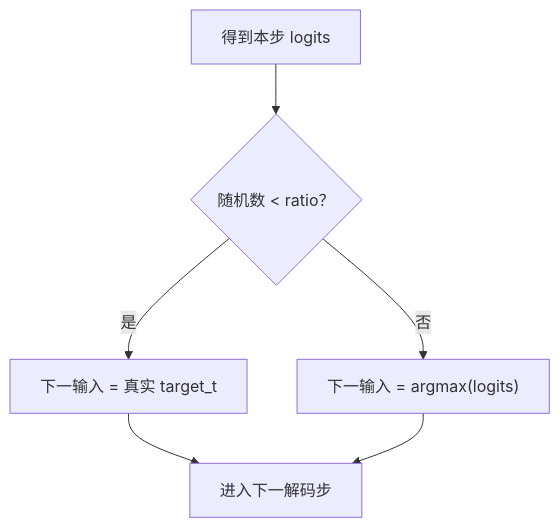
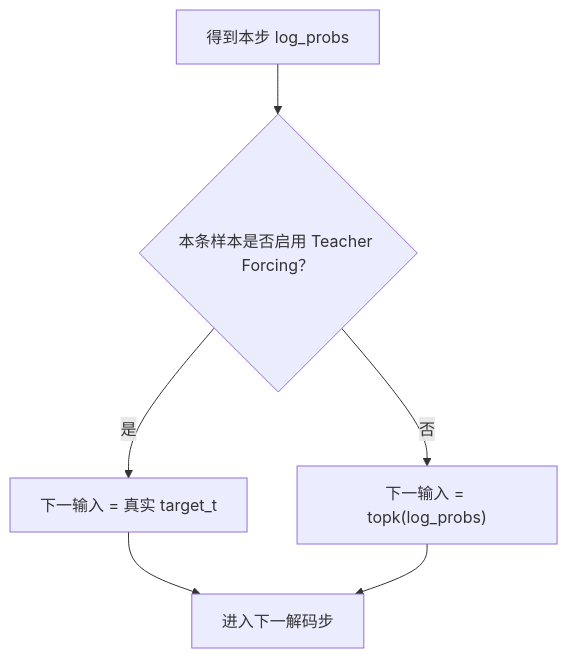
The second of 2 diagrams in notes/seq2seq-translation/19-teacher-forcing.md (luyunix/nlp_study), drawn with Mermaid before and after one commit. The commit also changed other lines of this file and 66 other files, not shown here.

````diff
--- a/notes/seq2seq-translation/19-teacher-forcing.md
+++ b/notes/seq2seq-translation/19-teacher-forcing.md
@@ -32,8 +32,8 @@
 ```mermaid
 flowchart TB
-    A["得到本步 logits"] --> B{"随机数 < ratio？"}
+    A["得到本步 log_probs"] --> B{"本条样本是否启用 Teacher Forcing？"}
     B -->|"是"| C["下一输入 = 真实 target_t"]
-    B -->|"否"| D["下一输入 = argmax(logits)"]
+    B -->|"否"| D["下一输入 = topk(log_probs)"]
     C --> E["进入下一解码步"]
     D --> E
 ```
````
